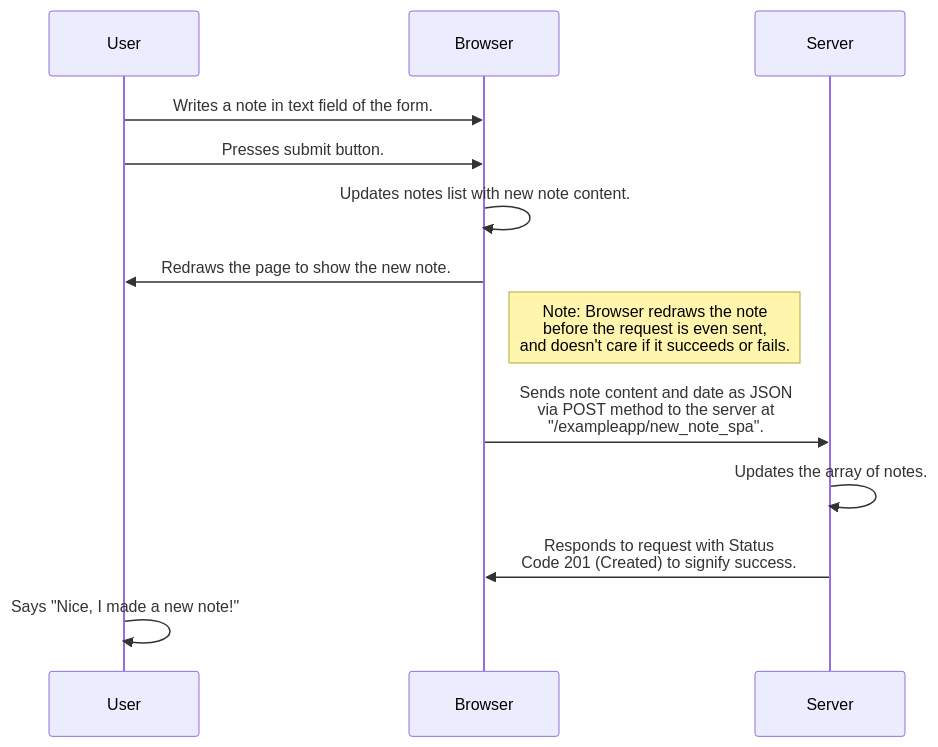
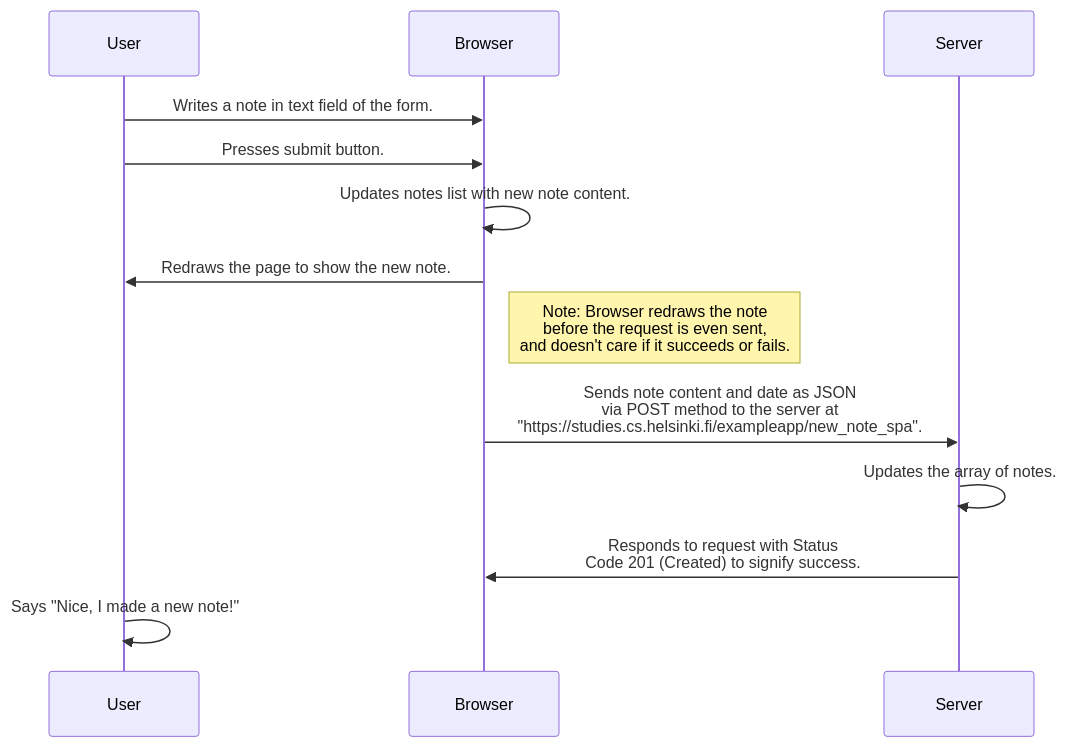
Before and after one commit to DefaultSobriquet/FullStackOpen: the diagram in part0/0.6_NewNoteInSinglePageApp.md, drawn with Mermaid. The commit also changed 1 other file, not shown here.

Commit message:
Reformat links for Part 0 Exercises.

````diff
--- a/part0/0.6_NewNoteInSinglePageApp.md
+++ b/part0/0.6_NewNoteInSinglePageApp.md
@@ -3,15 +3,15 @@
 ```mermaid
 sequenceDiagram
 participant User
 participant Browser
 participant Server
 User->>Browser: Writes a note in text field of the form.
 User->>Browser: Presses submit button.
 Browser->>Browser: Updates notes list with new note content.
 Browser->>User: Redraws the page to show the new note.
 Note right of Browser: Note: Browser redraws the note<br> before the request is even sent, <br>and doesn't care if it succeeds or fails.
-Browser->>Server: Sends note content and date as JSON<br> via POST method to the server at <br> "/exampleapp/new_note_spa".
+Browser->>Server: Sends note content and date as JSON<br> via POST method to the server at <br> "https://studies.cs.helsinki.fi/exampleapp/new_note_spa".
 Server->>Server: Updates the array of notes.
 Server->>Browser: Responds to request with Status<br> Code 201 (Created) to signify success.
 User->>User: Says "Nice, I made a new note!"
 ```
````
